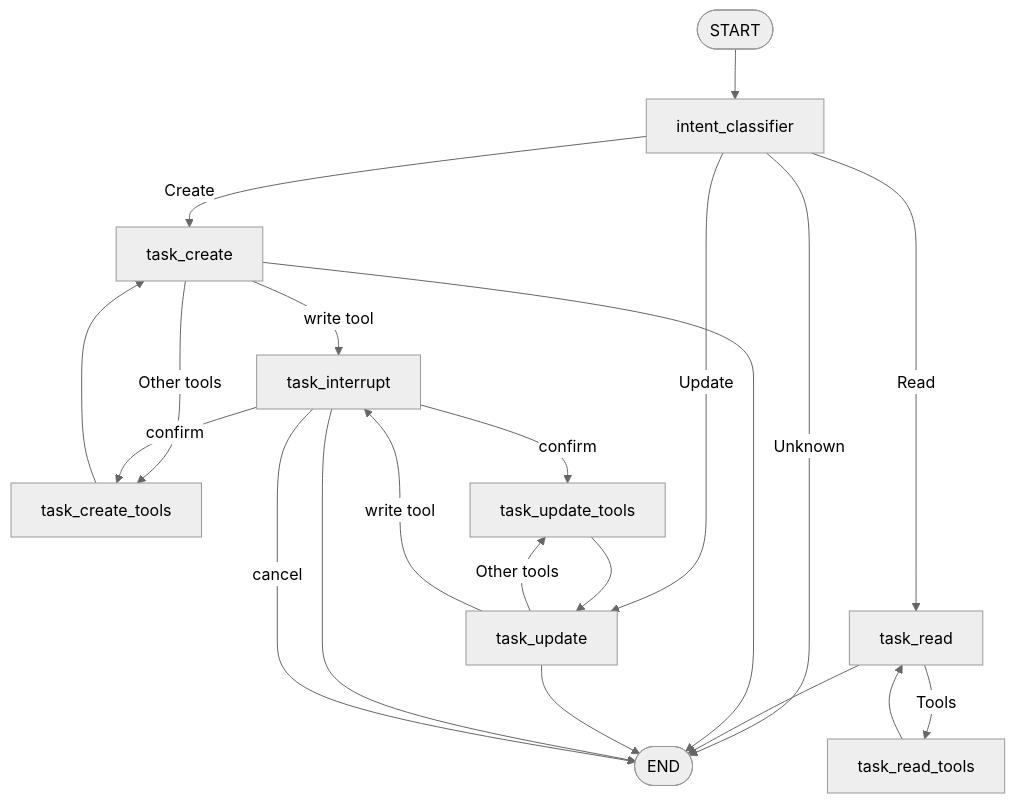
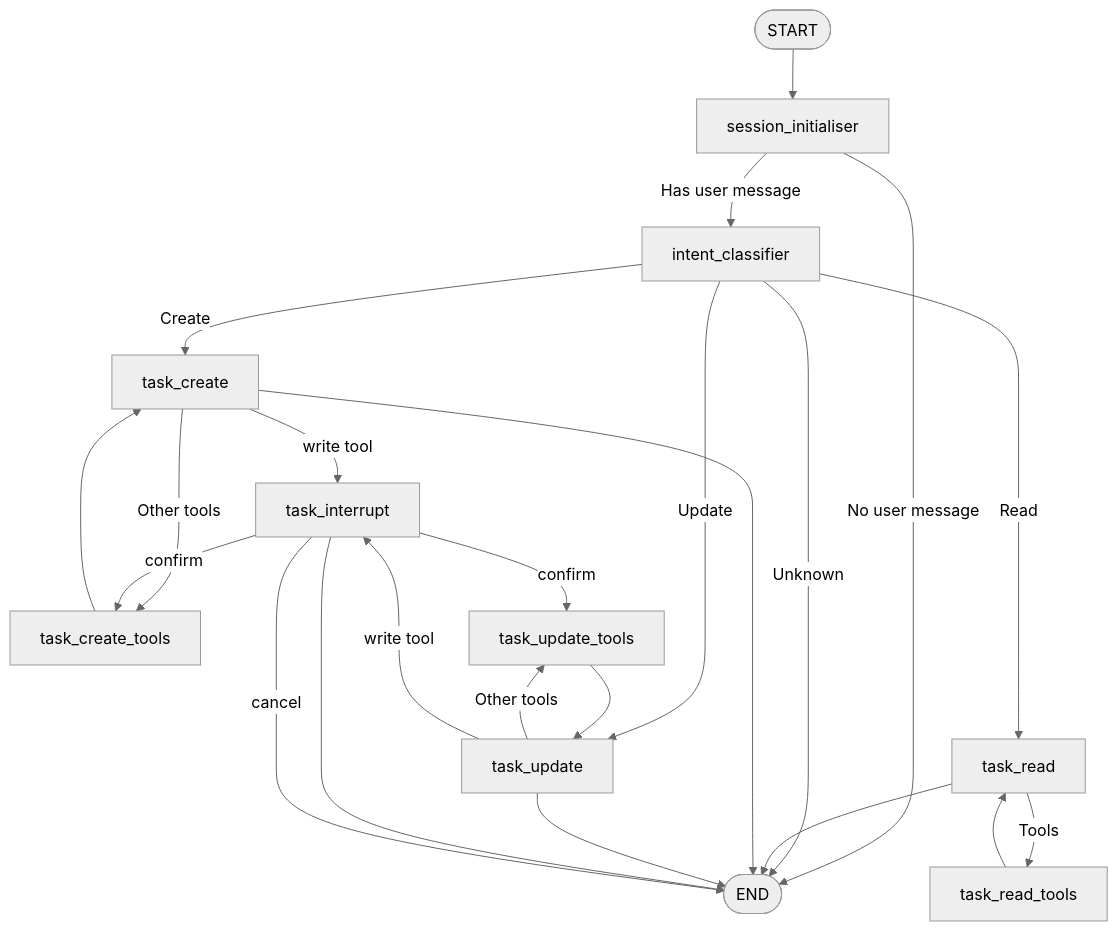
The diagram in docs/graph.md (Eisler18/assistant_agent), drawn with Mermaid (neutral theme) before and after one commit. The commit also changed other lines of this file, not shown here.

Commit message:
Update graph to consider initialization

````diff
--- a/docs/graph.md
+++ b/docs/graph.md
@@ -11,33 +11,36 @@
 ```mermaid
 flowchart TD
-  START([START]) --> intent_classifier
+  START([START]) --> session_initialiser
+  session_initialiser --No user message--> END
+  session_initialiser --Has user message--> intent_classifier
   intent_classifier --Create --> task_create
   intent_classifier --Update --> task_update
   intent_classifier --Read --> task_read
   intent_classifier --Unknown --> END
 
   task_read --> END
   task_create --> END
   task_update --> END
   task_interrupt --> END
 
   task_read --Tools--> task_read_tools --> task_read
   task_create --Other tools --> task_create_tools --> task_create
   task_update --Other tools --> task_update_tools --> task_update
 
   task_update -->|write tool| task_interrupt
   task_create -->|write tool| task_interrupt
   task_interrupt -->|confirm| task_create_tools
   task_interrupt -->|confirm| task_update_tools
   task_interrupt -->|cancel| END
 
   intent_classifier[intent_classifier]
   task_read[task_read]
   task_create[task_create]
   task_update[task_update]
   task_read_tools[task_read_tools]
   task_create_tools[task_create_tools]
   task_update_tools[task_update_tools]
   task_interrupt[task_interrupt]
+  session_initialiser[session_initialiser]
   END([END])
 ```
````
